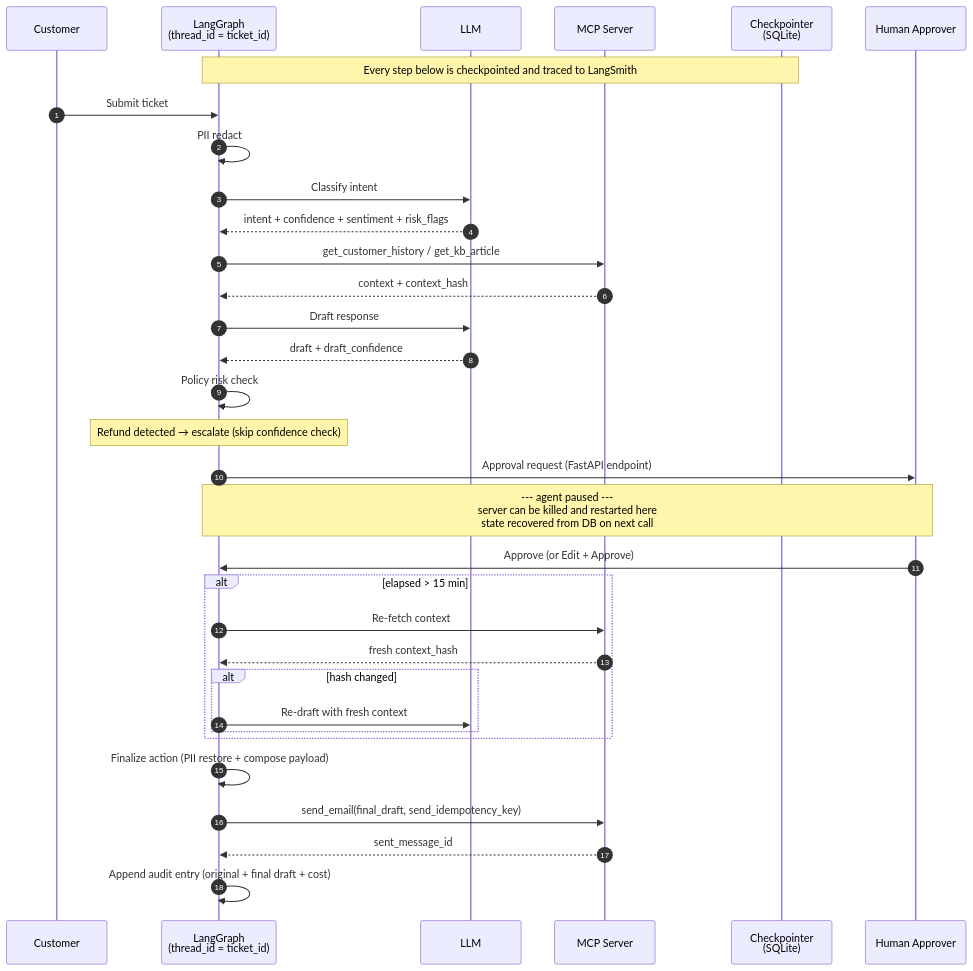
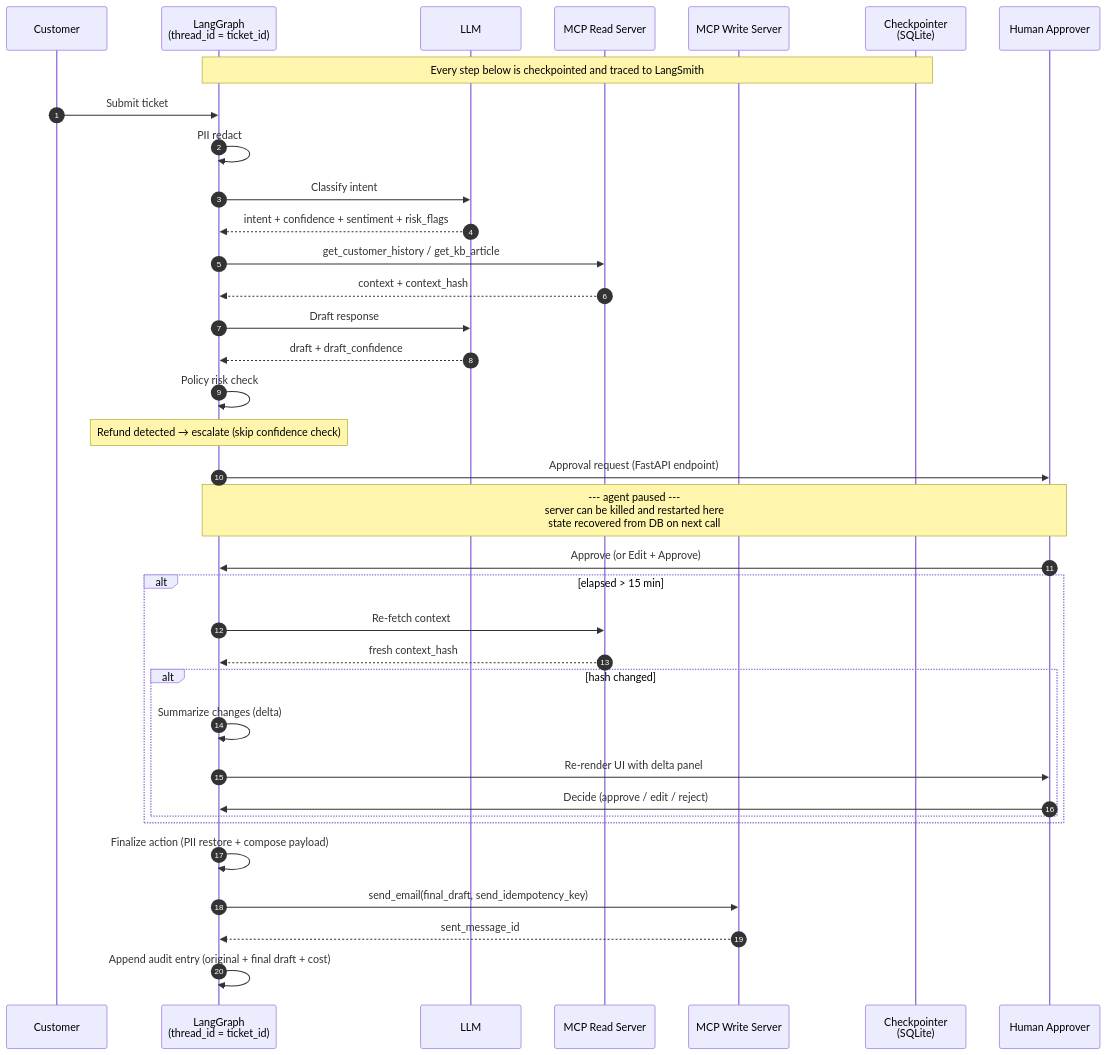
The third of 4 diagrams in docs/architecture.md (Ranjith36963/hitl-support-agent), drawn with Mermaid before and after one commit. The commit also changed other lines of this file, not shown here.

First line of the commit message:
Apply Round 2 architecture review fixes

````diff
--- a/docs/architecture.md
+++ b/docs/architecture.md
@@ -137,42 +180,45 @@
 ```mermaid
 sequenceDiagram
     autonumber
     participant C as Customer
     participant G as LangGraph<br/>(thread_id = ticket_id)
     participant L as LLM
-    participant M as MCP Server
+    participant MR as MCP Read Server
+    participant MW as MCP Write Server
     participant DB as Checkpointer<br/>(SQLite)
     participant H as Human Approver
 
     Note over G,DB: Every step below is checkpointed and traced to LangSmith
 
     C->>G: Submit ticket
     G->>G: PII redact
     G->>L: Classify intent
     L-->>G: intent + confidence + sentiment + risk_flags
-    G->>M: get_customer_history / get_kb_article
-    M-->>G: context + context_hash
+    G->>MR: get_customer_history / get_kb_article
+    MR-->>G: context + context_hash
     G->>L: Draft response
     L-->>G: draft + draft_confidence
 
     G->>G: Policy risk check
     Note over G: Refund detected → escalate (skip confidence check)
     G->>H: Approval request (FastAPI endpoint)
 
     Note over G,H: --- agent paused ---<br/>server can be killed and restarted here<br/>state recovered from DB on next call
 
     H->>G: Approve (or Edit + Approve)
 
     alt elapsed > 15 min
-        G->>M: Re-fetch context
-        M-->>G: fresh context_hash
+        G->>MR: Re-fetch context
+        MR-->>G: fresh context_hash
         alt hash changed
-            G->>L: Re-draft with fresh context
+            G->>G: Summarize changes (delta)
+            G->>H: Re-render UI with delta panel
+            H->>G: Decide (approve / edit / reject)
         end
     end
 
     G->>G: Finalize action (PII restore + compose payload)
-    G->>M: send_email(final_draft, send_idempotency_key)
-    M-->>G: sent_message_id
+    G->>MW: send_email(final_draft, send_idempotency_key)
+    MW-->>G: sent_message_id
     G->>G: Append audit entry (original + final draft + cost)
 ```
````
